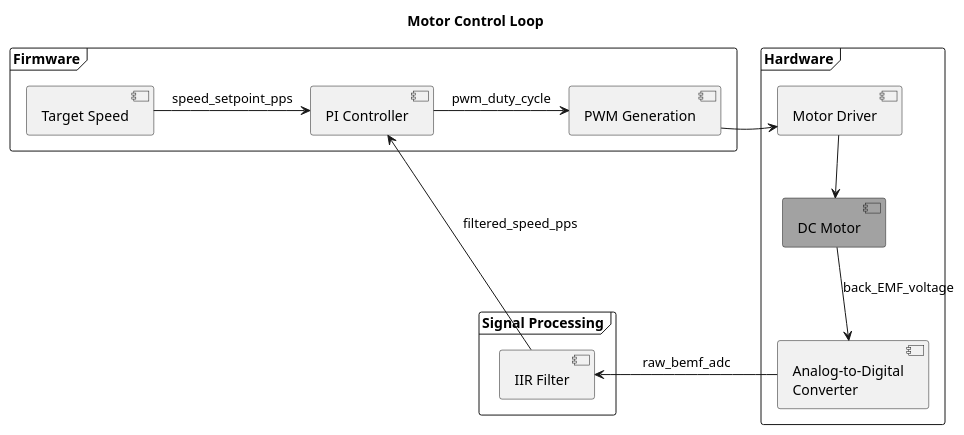
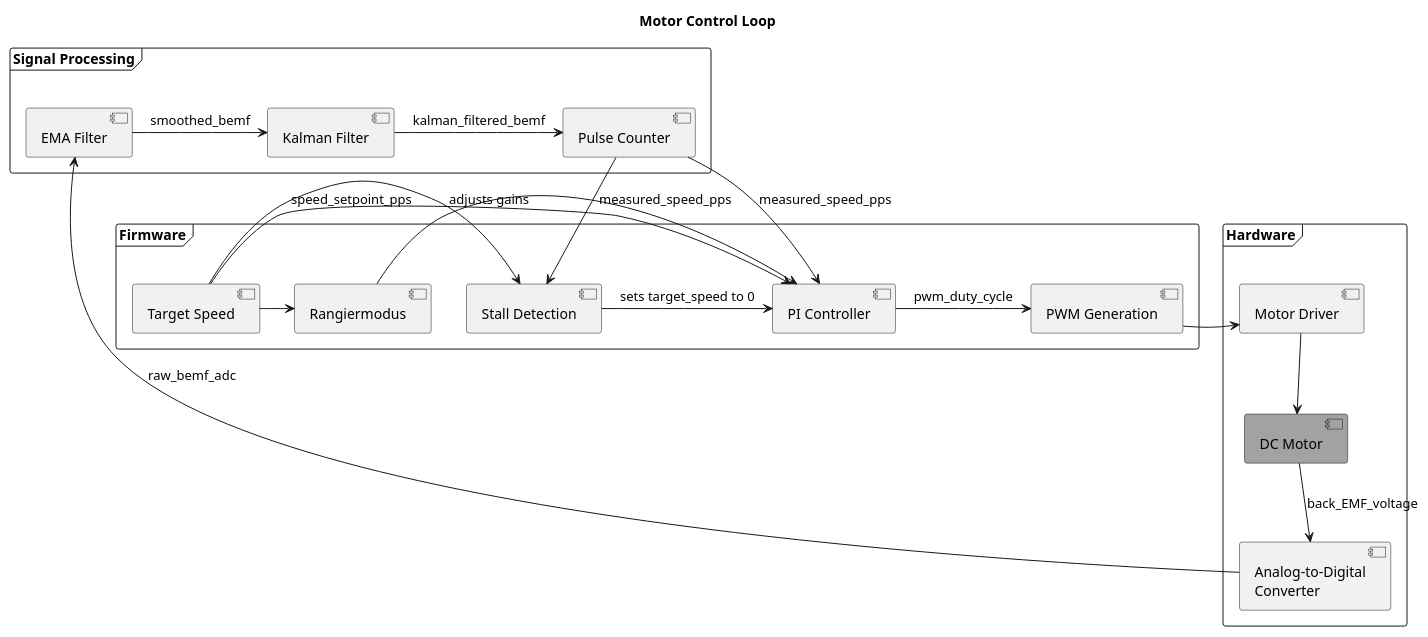
One commit to chatelao/xDuinoRails_RP2040-BDR6133-Tester changed the diagram in docs/control_loop.puml. Above: the diagram before and after it, drawn with PlantUML.

Commit message:
feat(docs): update control loop diagram
Updated the PlantUML diagram in `docs/control_loop.puml` to accurately reflect the motor control loop.

- Replaced the generic "IIR Filter" with a more specific two-stage "EMA Filter" followed by a "Kalman Filter".
- Added a "Pulse Counter" to show the conversion from BEMF to speed.
- Included "Stall Detection" and "Rangiermodus" logic.
- Re-wired the components to show the correct data flow.

```diff
--- a/docs/control_loop.puml
+++ b/docs/control_loop.puml
@@ -1,33 +1,48 @@
 @startuml
 skinparam componentStyle uml2
 skinparam monochrome true
 skinparam shadowing false
 skinparam classAttributeIconSize 0
 
 
 title Motor Control Loop
 
 frame "Firmware" {
     [Target Speed] as setpoint
     [PI Controller] as pi
     [PWM Generation] as pwm
+    [Stall Detection] as stall
+    [Rangiermodus] as rangier
 }
 
 frame "Hardware" {
     [Motor Driver] as driver
     [DC Motor] as motor#Salmon
     [Analog-to-Digital\nConverter] as adc
 }
 
 frame "Signal Processing" {
-    [IIR Filter] as filter
+    [EMA Filter] as ema
+    [Kalman Filter] as kalman
+    [Pulse Counter] as counter
 }
 
 setpoint -> pi : speed_setpoint_pps
+setpoint -> rangier
+setpoint -> stall
+
+rangier -> pi : adjusts gains
+
 pi -> pwm : pwm_duty_cycle
 pwm -> driver
 driver --> motor
 motor --> adc : back_EMF_voltage
-adc -> filter : raw_bemf_adc
-filter --> pi : filtered_speed_pps
+
+adc -> ema : raw_bemf_adc
+ema -> kalman : smoothed_bemf
+kalman -> counter : kalman_filtered_bemf
+counter --> pi : measured_speed_pps
+counter --> stall : measured_speed_pps
+
+stall -> pi : sets target_speed to 0
 @enduml
```
